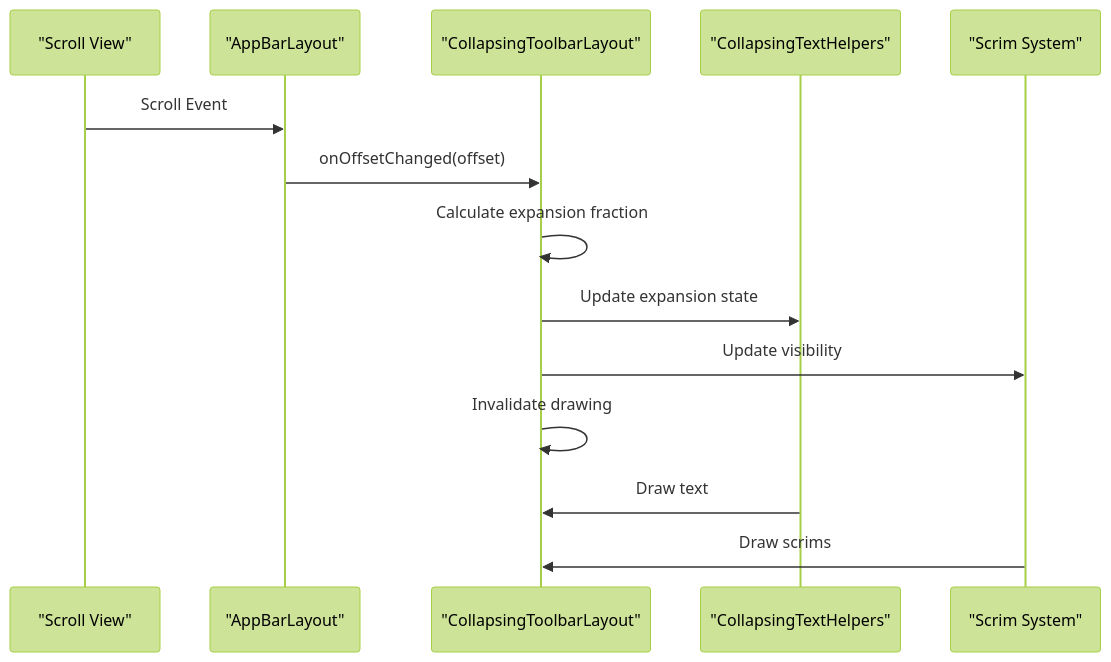
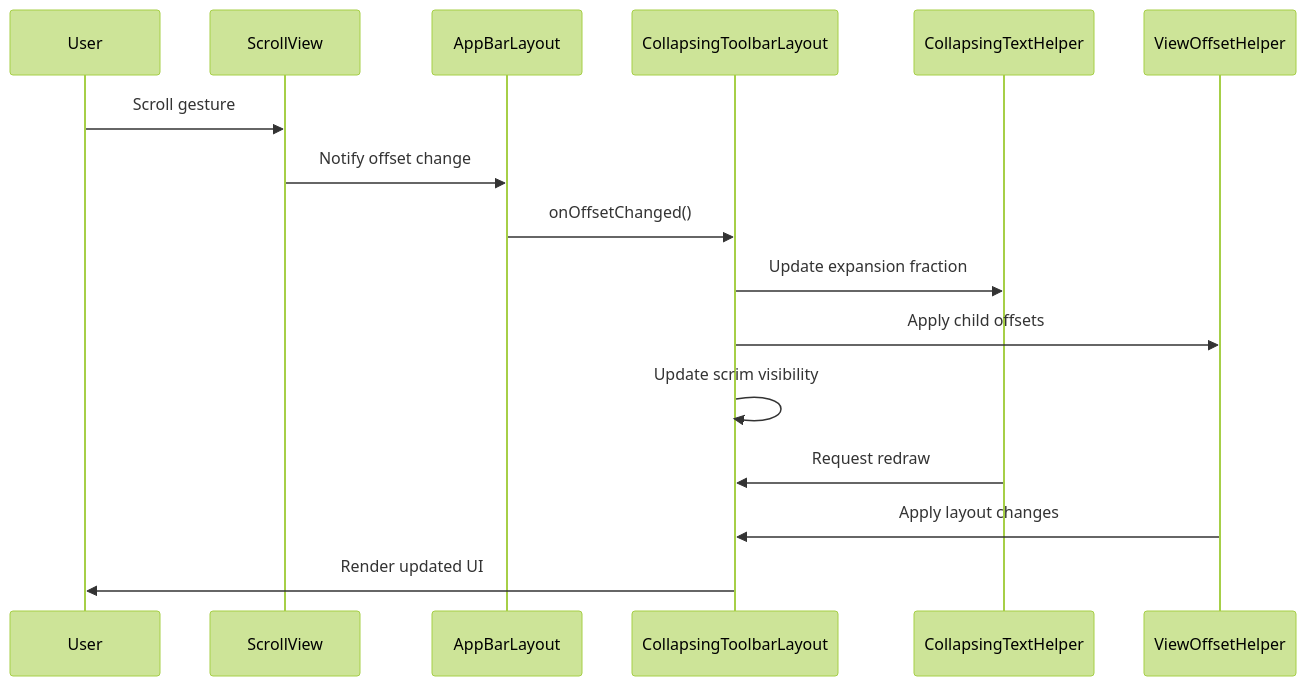
Before and after one commit to FSoft-AI4Code/codewiki-demo: the second of 3 diagrams in docs/material-components--material-components-android-docs/collapsing-toolbar.md, drawn with Mermaid (forest theme). The commit also changed other lines of this file and 1103 other files, not shown here.

````diff
--- a/docs/material-components--material-components-android-docs/collapsing-toolbar.md
+++ b/docs/material-components--material-components-android-docs/collapsing-toolbar.md
@@ -85,17 +82,19 @@
 ```mermaid
 sequenceDiagram
-    participant ScrollView as "Scroll View"
-    participant AppBarLayout as "AppBarLayout"
-    participant CollapsingToolbar as "CollapsingToolbarLayout"
-    participant TextHelpers as "CollapsingTextHelpers"
-    participant Scrims as "Scrim System"
+    participant User
+    participant ScrollView
+    participant AppBarLayout
+    participant CollapsingToolbarLayout
+    participant CollapsingTextHelper
+    participant ViewOffsetHelper
     
-    ScrollView->>AppBarLayout: Scroll Event
-    AppBarLayout->>CollapsingToolbar: onOffsetChanged(offset)
-    CollapsingToolbar->>CollapsingToolbar: Calculate expansion fraction
-    CollapsingToolbar->>TextHelpers: Update expansion state
-    CollapsingToolbar->>Scrims: Update visibility
-    CollapsingToolbar->>CollapsingToolbar: Invalidate drawing
-    TextHelpers->>CollapsingToolbar: Draw text
-    Scrims->>CollapsingToolbar: Draw scrims
+    User->>ScrollView: Scroll gesture
+    ScrollView->>AppBarLayout: Notify offset change
+    AppBarLayout->>CollapsingToolbarLayout: onOffsetChanged()
+    CollapsingToolbarLayout->>CollapsingTextHelper: Update expansion fraction
+    CollapsingToolbarLayout->>ViewOffsetHelper: Apply child offsets
+    CollapsingToolbarLayout->>CollapsingToolbarLayout: Update scrim visibility
+    CollapsingTextHelper->>CollapsingToolbarLayout: Request redraw
+    ViewOffsetHelper->>CollapsingToolbarLayout: Apply layout changes
+    CollapsingToolbarLayout->>User: Render updated UI
 ```
````
